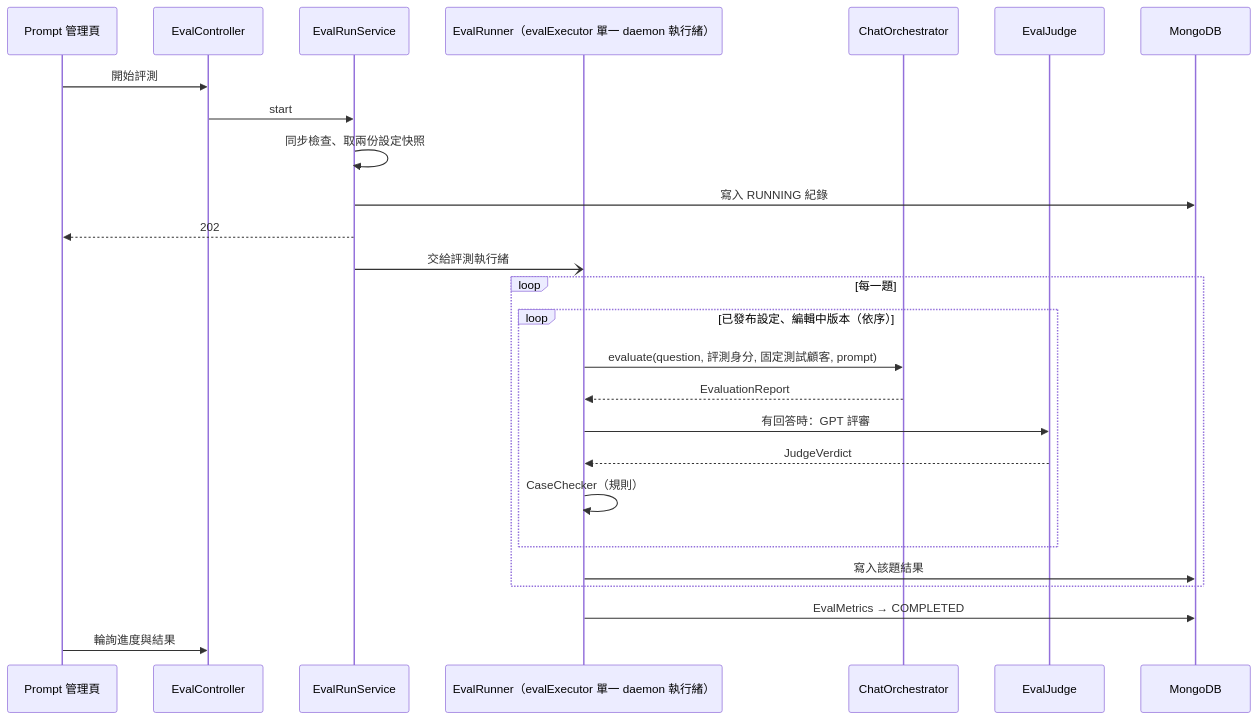
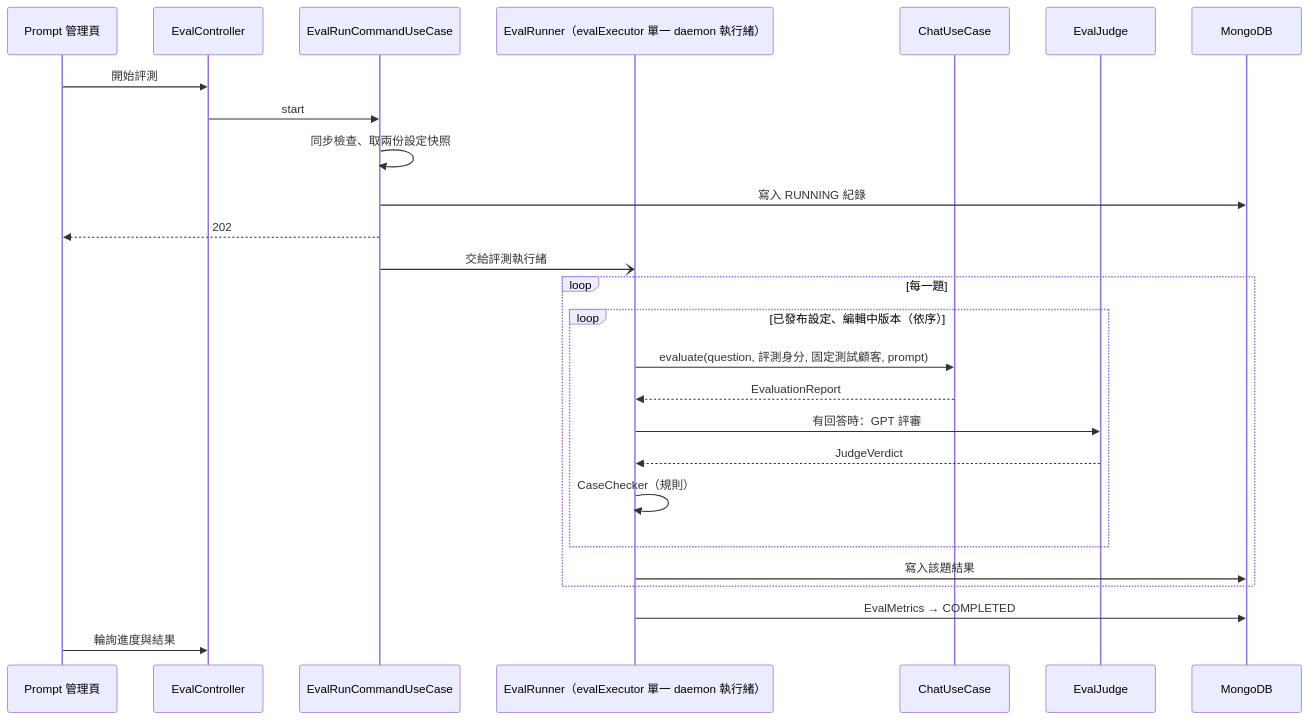
Before and after one commit to Rue1216/assistant-poc: the ninth of 11 diagrams in docs/spec/01-architecture.md, drawn with Mermaid. The commit also changed other lines of this file and 24 other files, not shown here.

Commit message:
refactor(interfaces): no try-catch or access checks in controllers; architecture rules and porting notes for §3-0

````diff
--- a/docs/spec/01-architecture.md
+++ b/docs/spec/01-architecture.md
@@ -396,29 +396,29 @@
 ```mermaid
 sequenceDiagram
   participant UI as Prompt 管理頁
   participant EC as EvalController
-  participant ES as EvalRunService
+  participant ES as EvalRunCommandUseCase
   participant ER as EvalRunner（evalExecutor 單一 daemon 執行緒）
-  participant O as ChatOrchestrator
+  participant O as ChatUseCase
   participant J as EvalJudge
   participant DB as MongoDB
 
   UI->>EC: 開始評測
   EC->>ES: start
   ES->>ES: 同步檢查、取兩份設定快照
   ES->>DB: 寫入 RUNNING 紀錄
   ES-->>UI: 202
   ES-)ER: 交給評測執行緒
   loop 每一題
     loop 已發布設定、編輯中版本（依序）
       ER->>O: evaluate(question, 評測身分, 固定測試顧客, prompt)
       O-->>ER: EvaluationReport
       ER->>J: 有回答時：GPT 評審
       J-->>ER: JudgeVerdict
       ER->>ER: CaseChecker（規則）
     end
     ER->>DB: 寫入該題結果
   end
   ER->>DB: EvalMetrics → COMPLETED
   UI->>EC: 輪詢進度與結果
 ```
````
